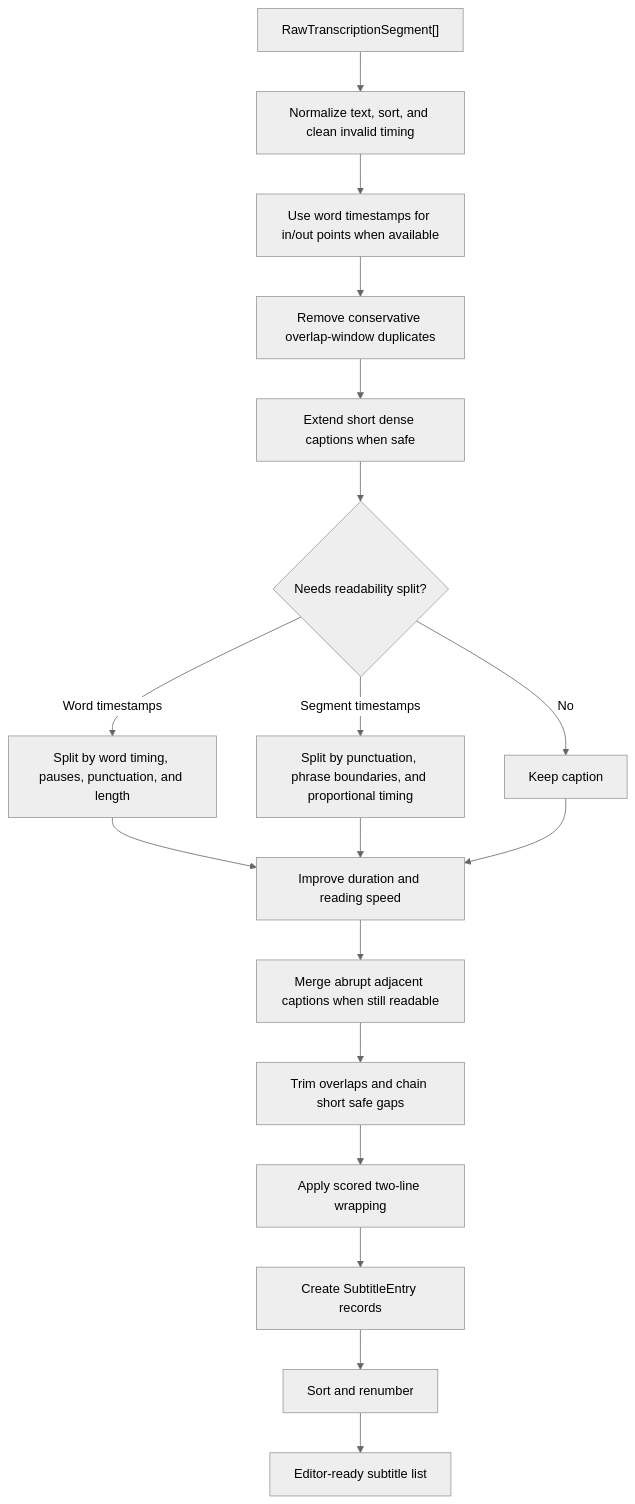
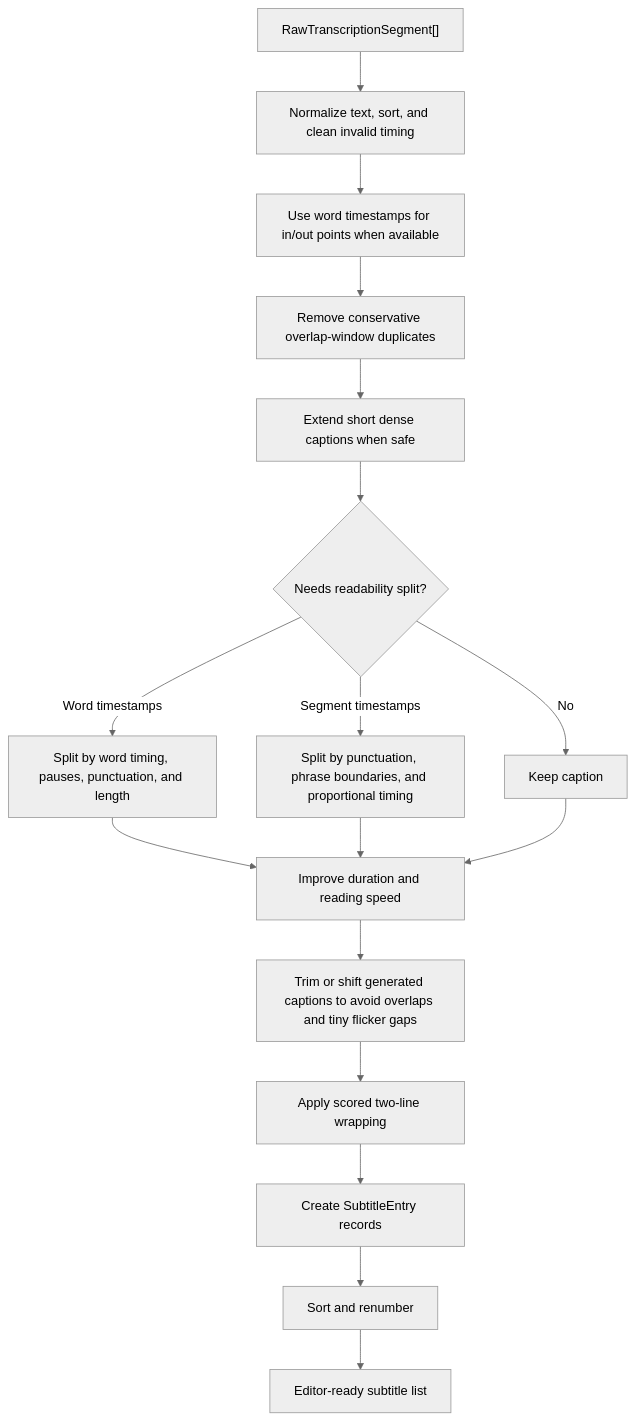
The eighth of 17 diagrams in docs/project-state.md (zxyandreay/auto-subtitle), drawn with Mermaid (neutral theme) before and after one commit. The commit also changed other lines of this file and 8 other files, not shown here.

````diff
--- a/docs/project-state.md
+++ b/docs/project-state.md
@@ -631,20 +621,19 @@
 ```mermaid
 flowchart TD
     Raw["RawTranscriptionSegment[]"] --> Normalize["Normalize text, sort, and clean invalid timing"]
     Normalize --> WordTiming["Use word timestamps for in/out points when available"]
     WordTiming --> Dedupe["Remove conservative overlap-window duplicates"]
     Dedupe --> Extend["Extend short dense captions when safe"]
     Extend --> Split{"Needs readability split?"}
     Split -->|Word timestamps| WordSplit["Split by word timing, pauses, punctuation, and length"]
     Split -->|Segment timestamps| SegmentSplit["Split by punctuation, phrase boundaries, and proportional timing"]
     Split -->|No| Keep["Keep caption"]
     WordSplit --> ReadingSpeed["Improve duration and reading speed"]
     SegmentSplit --> ReadingSpeed
     Keep --> ReadingSpeed
-    ReadingSpeed --> SmoothCuts["Merge abrupt adjacent captions when still readable"]
-    SmoothCuts --> Overlap["Trim overlaps and chain short safe gaps"]
+    ReadingSpeed --> Overlap["Trim or shift generated captions to avoid overlaps and tiny flicker gaps"]
     Overlap --> Lines["Apply scored two-line wrapping"]
     Lines --> MakeEntries["Create SubtitleEntry records"]
     MakeEntries --> Sort["Sort and renumber"]
     Sort --> Editor["Editor-ready subtitle list"]
 ```
````
